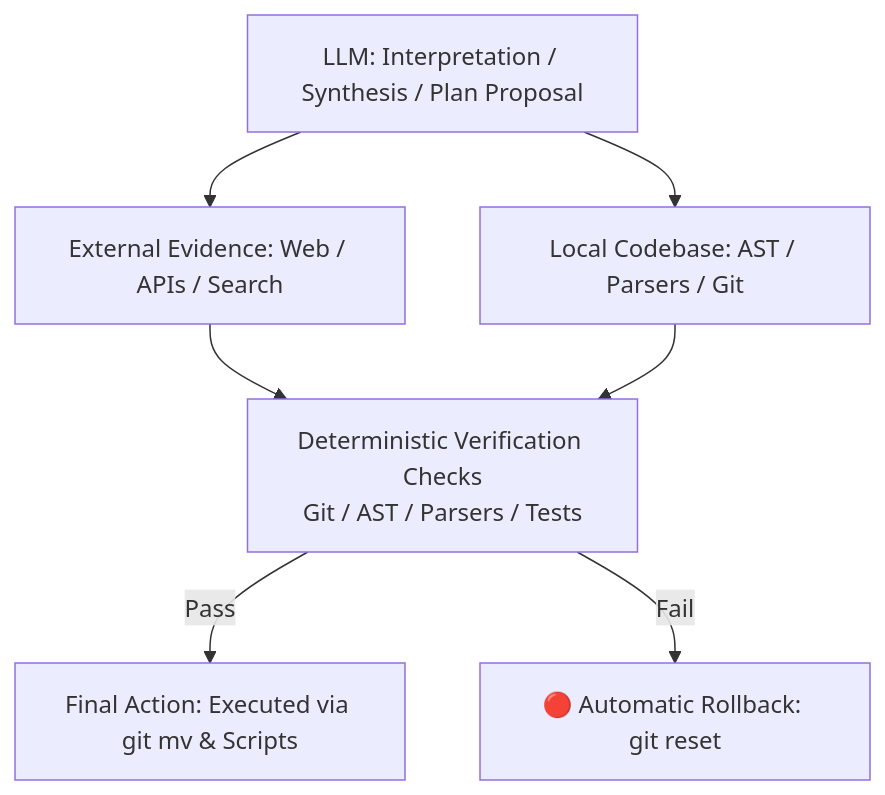
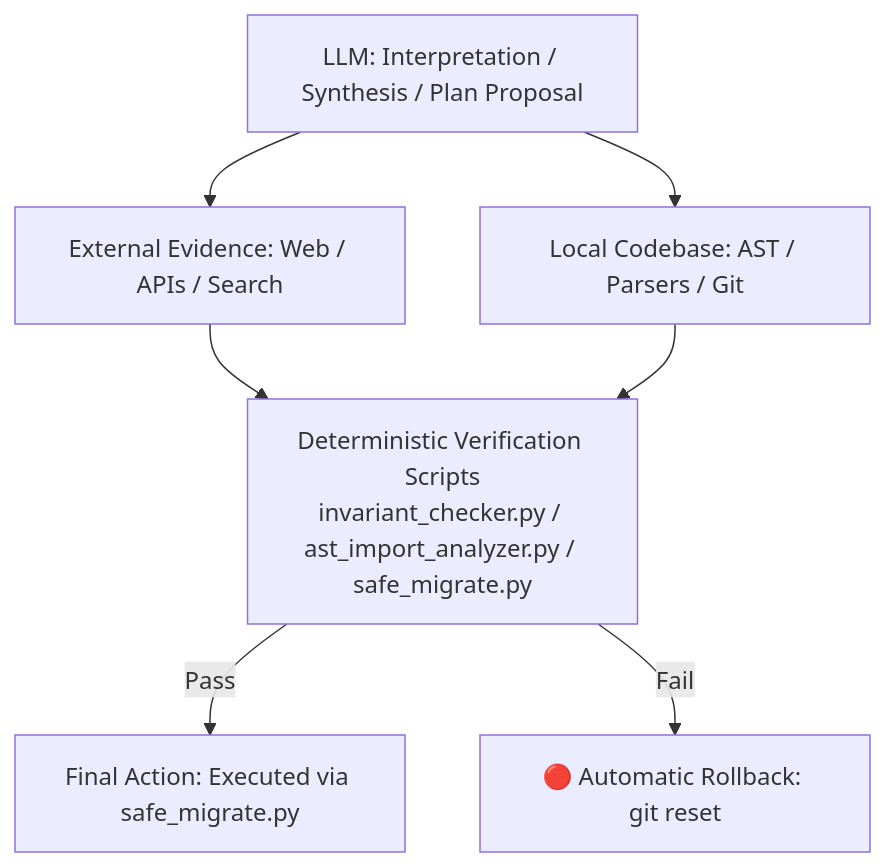
The first of 2 diagrams in README.md (angelazu-builder/repo-organizer-skill), drawn with Mermaid before and after one commit. The commit also changed other lines of this file and 11 other files, not shown here.

Commit message:
feat(tools): implement concrete deterministic Python execution scripts (invariant_checker, ast_import_analyzer, safe_migrate, external_novelty_search)

````diff
--- a/README.md
+++ b/README.md
@@ -16,11 +39,11 @@
 ```mermaid
 flowchart TD
     LLM[LLM: Interpretation / Synthesis / Plan Proposal] --> External[External Evidence: Web / APIs / Search]
     LLM --> Local[Local Codebase: AST / Parsers / Git]
     
-    External --> Checks[Deterministic Verification Checks\nGit / AST / Parsers / Tests]
+    External --> Checks[Deterministic Verification Scripts\ninvariant_checker.py / ast_import_analyzer.py / safe_migrate.py]
     Local --> Checks
 
-    Checks -->|Pass| Action[Final Action: Executed via git mv & Scripts]
+    Checks -->|Pass| Action[Final Action: Executed via safe_migrate.py]
     Checks -->|Fail| Rollback[🔴 Automatic Rollback: git reset]
 ```
````
